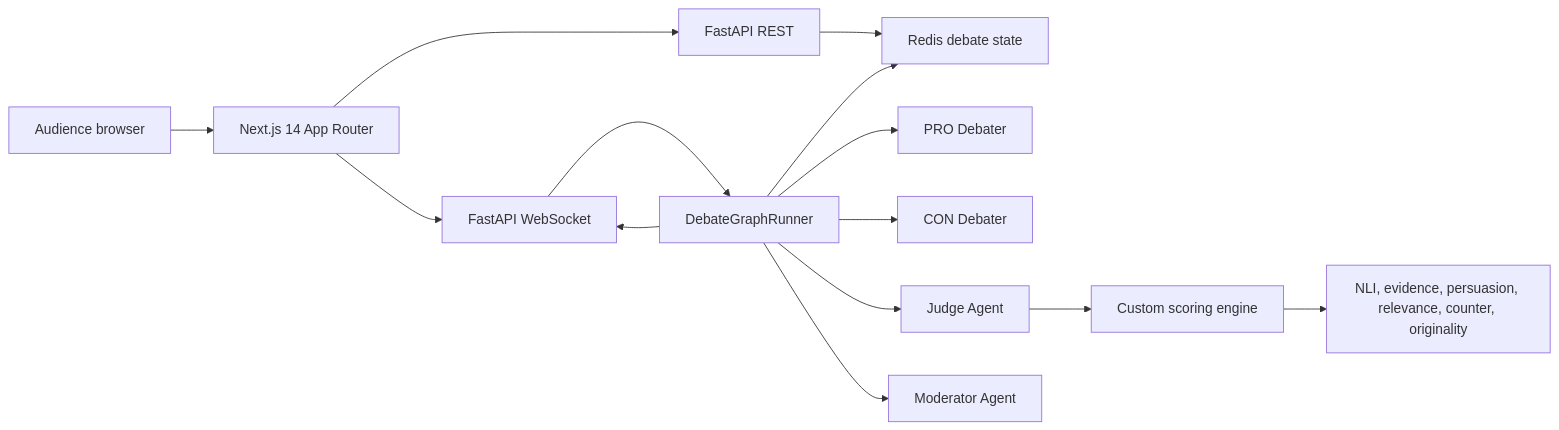
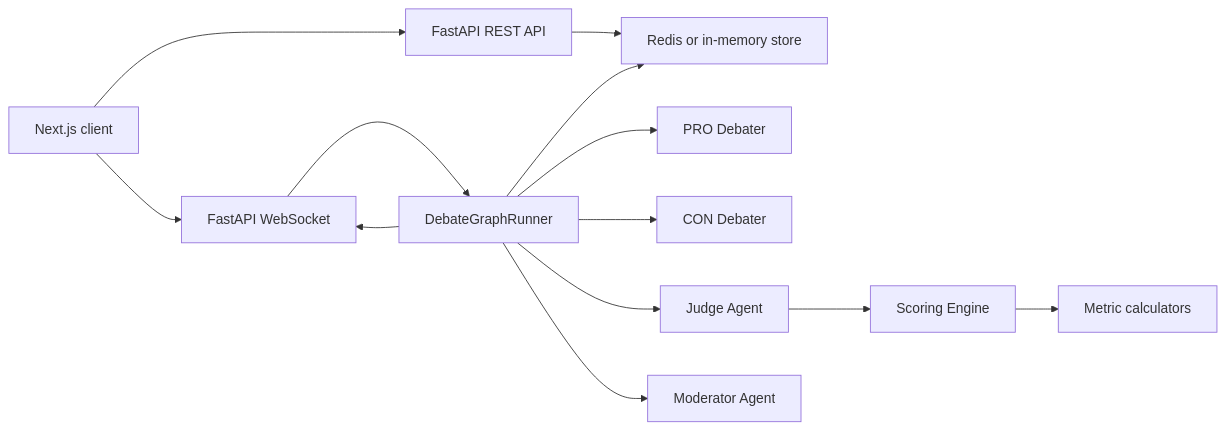
One commit to Ghalaxxx/AI-Debate-Arena changed the diagram in README.md. Above: the diagram before and after it, drawn with Mermaid. The commit also changed other lines of this file and 5 other files, not shown here.

````diff
--- a/README.md
+++ b/README.md
@@ -33,16 +66,15 @@
 ```mermaid
 flowchart LR
-  User["Audience browser"] --> Next["Next.js 14 App Router"]
-  Next --> REST["FastAPI REST"]
-  Next --> WS["FastAPI WebSocket"]
-  REST --> Store["Redis debate state"]
+  Browser["Next.js client"] --> REST["FastAPI REST API"]
+  Browser --> WS["FastAPI WebSocket"]
+  REST --> Store["Redis or in-memory store"]
   WS --> Runner["DebateGraphRunner"]
   Runner --> Pro["PRO Debater"]
   Runner --> Con["CON Debater"]
   Runner --> Judge["Judge Agent"]
   Runner --> Moderator["Moderator Agent"]
-  Judge --> Scoring["Custom scoring engine"]
-  Scoring --> Metrics["NLI, evidence, persuasion, relevance, counter, originality"]
+  Judge --> Engine["Scoring Engine"]
+  Engine --> Metrics["Metric calculators"]
   Runner --> Store
   Runner --> WS
 ```
````
